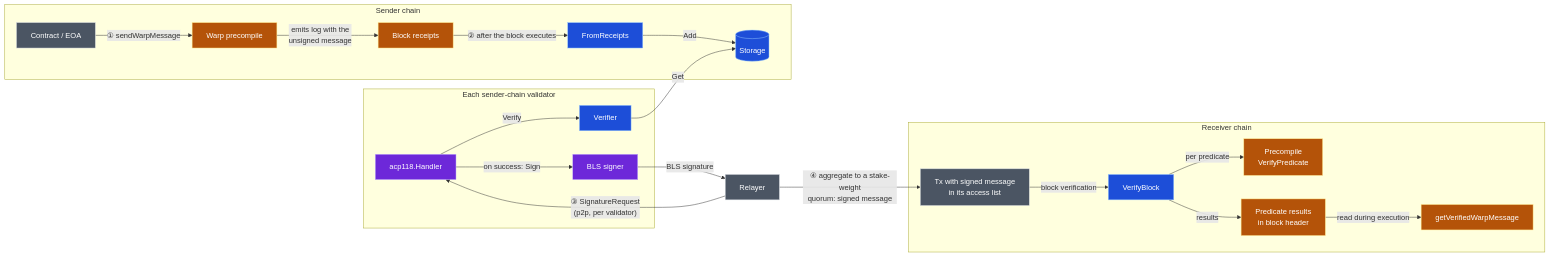
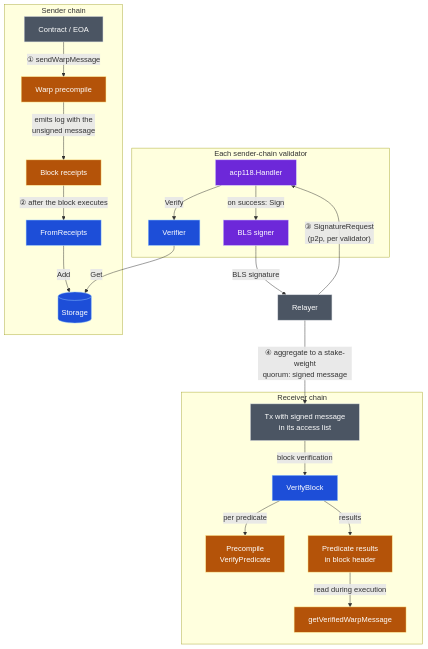
Before and after one commit to ava-labs/avalanchego: the first of 3 diagrams in vms/saevm/cchain/warp/README.md, drawn with Mermaid. The commit also changed other lines of this file and 2 other files, not shown here.

Commit message:
Improvements

````diff
--- a/vms/saevm/cchain/warp/README.md
+++ b/vms/saevm/cchain/warp/README.md
@@ -11,46 +11,46 @@
 ```mermaid
-flowchart LR
+flowchart TD
     subgraph SC["Sender chain"]
         user["Contract / EOA"]:::ext
         pre["Warp precompile"]:::evm
         rcpt["Block receipts"]:::evm
         fr["FromReceipts"]:::pkg
         store[("Storage")]:::pkg
     end
 
     subgraph VAL["Each sender-chain validator"]
         h["acp118.Handler"]:::plat
         v["Verifier"]:::pkg
         sgn["BLS signer"]:::plat
     end
 
     rel["Relayer"]:::ext
 
     subgraph RC["Receiver chain"]
         tx["Tx with signed message<br/>in its access list"]:::ext
         vb["VerifyBlock"]:::pkg
         vp["Precompile<br/>VerifyPredicate"]:::evm
         hdr["Predicate results<br/>in block header"]:::evm
         gvm["getVerifiedWarpMessage"]:::evm
     end
 
     user -->|"① sendWarpMessage"| pre
     pre -->|"emits log with the<br/>unsigned message"| rcpt
     rcpt -->|"② after the block executes"| fr
     fr -->|"Add"| store
     rel -->|"③ SignatureRequest<br/>(p2p, per validator)"| h
     h -->|"Verify"| v
     v -->|"Get"| store
     h -->|"on success: Sign"| sgn
     sgn -->|"BLS signature"| rel
     rel -->|"④ aggregate to a stake-weight<br/>quorum: signed message"| tx
     tx -->|"block verification"| vb
     vb -->|"per predicate"| vp
     vb -->|"results"| hdr
     hdr -->|"read during execution"| gvm
 
     classDef pkg fill:#1d4ed8,stroke:#93c5fd,color:#fff
     classDef evm fill:#b45309,stroke:#fde68a,color:#fff
     classDef plat fill:#6d28d9,stroke:#c4b5fd,color:#fff
     classDef ext fill:#4b5563,stroke:#d1d5db,color:#fff
 ```
````
